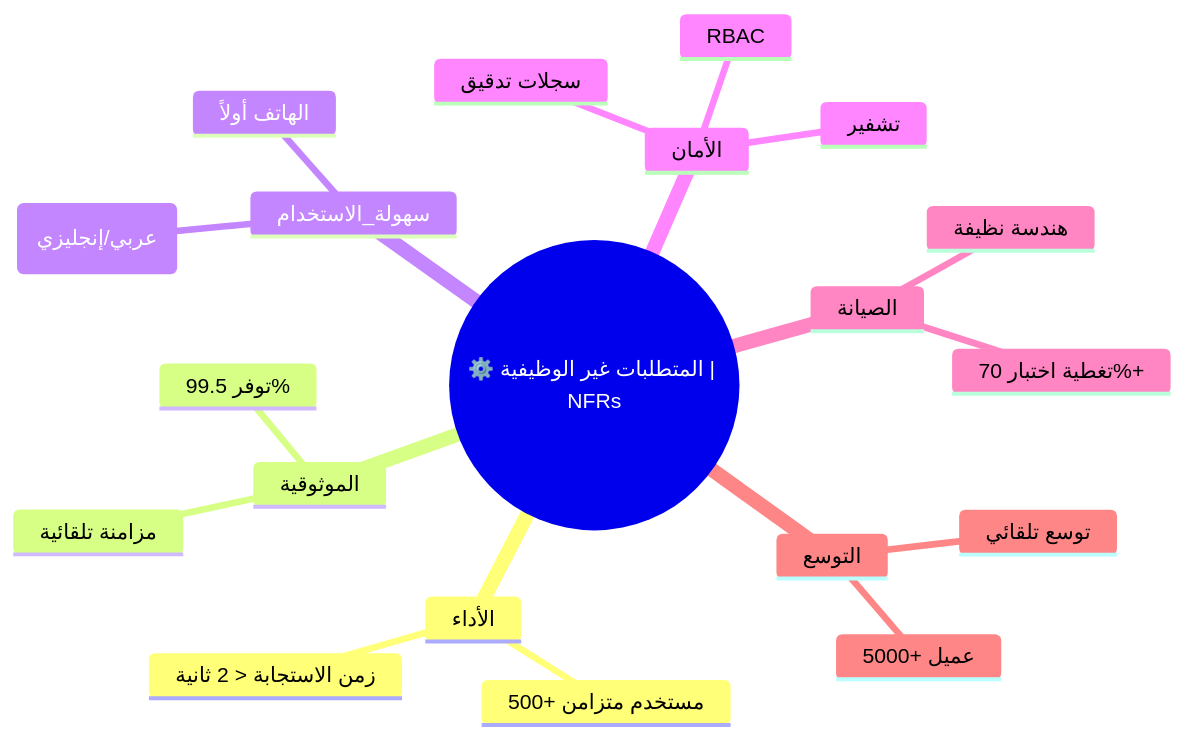
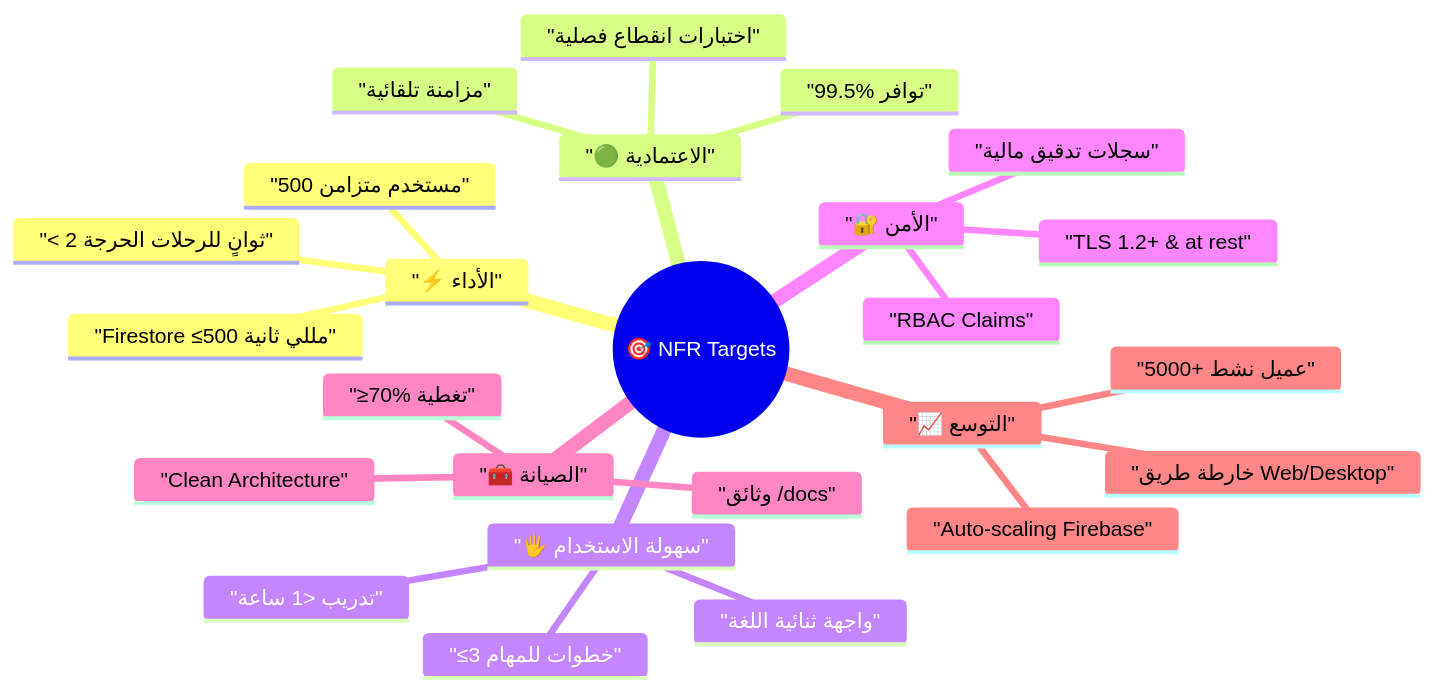
One commit to Ash69g/Documentation-Study changed the third of 4 diagrams in docs/10-nfr-and-quality/10-nfr-and-quality.md. Above: the diagram before and after it, drawn with Mermaid. The commit also changed other lines of this file and 8 other files, not shown here.

````diff
--- a/docs/10-nfr-and-quality/10-nfr-and-quality.md
+++ b/docs/10-nfr-and-quality/10-nfr-and-quality.md
@@ -57,23 +134,28 @@
 ```mermaid
 mindmap
-  root((⚙️ المتطلبات غير الوظيفية | NFRs))
-    الأداء
-      زمن الاستجابة < 2 ثانية
-      500+ مستخدم متزامن
-    الموثوقية
-      توفر 99.5%
-      مزامنة تلقائية
-    سهولة_الاستخدام
-      ثنائي اللغة (عربي/إنجليزي)
-      الهاتف أولاً
-    الأمان
-      RBAC
-      تشفير
-      سجلات تدقيق
-    الصيانة
-      هندسة نظيفة
-      تغطية اختبار 70%+
-    التوسع
-      5000+ عميل
-      توسع تلقائي
+  root((🎯 NFR Targets))
+    "⚡ الأداء"
+      "500 مستخدم متزامن"
+      "< 2 ثوانٍ للرحلات الحرجة"
+      "Firestore ≤500 مللي ثانية"
+    "🟢 الاعتمادية"
+      "99.5% توافر"
+      "مزامنة تلقائية"
+      "اختبارات انقطاع فصلية"
+    "🖐️ سهولة الاستخدام"
+      "واجهة ثنائية اللغة"
+      "≤3 خطوات للمهام"
+      "تدريب <1 ساعة"
+    "🔐 الأمن"
+      "RBAC Claims"
+      "TLS 1.2+ & at rest"
+      "سجلات تدقيق مالية"
+    "🧰 الصيانة"
+      "Clean Architecture"
+      "≥70% تغطية"
+      "وثائق /docs"
+    "📈 التوسع"
+      "5000+ عميل نشط"
+      "Auto-scaling Firebase"
+      "خارطة طريق Web/Desktop"
 ```
````
